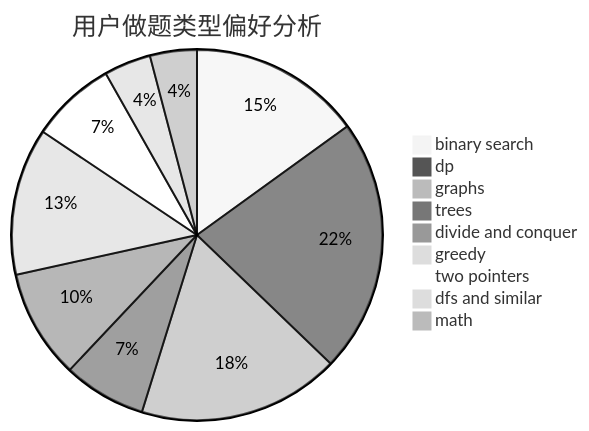
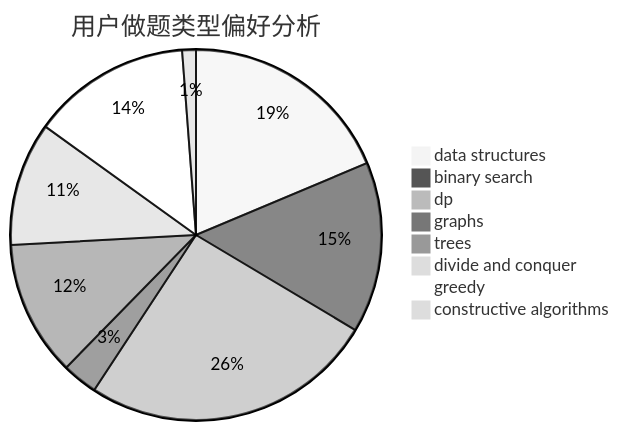
Before and after one commit to sherpahu/cfrs.github.io: the second of 3 diagrams in docs/user/u637.md, drawn with Mermaid (neutral theme). The commit also changed other lines of this file and 2775 other files, not shown here.

````diff
--- a/docs/user/u637.md
+++ b/docs/user/u637.md
@@ -23,12 +23,11 @@
 ```mermaid
 pie title 用户做题类型偏好分析
-    "binary search" :  158
-    "dp" :  233
-    "graphs" :  185
-    "trees" :  76
-    "divide and conquer" :  100
-    "greedy" :  135
-    "two pointers" :  78
-    "dfs and similar" :  43
-    "math" :  43
+    "data structures" :  109
+    "binary search" :  87
+    "dp" :  150
+    "graphs" :  18
+    "trees" :  69
+    "divide and conquer" :  63
+    "greedy" :  81
+    "constructive algorithms" :  7
 ```
````
